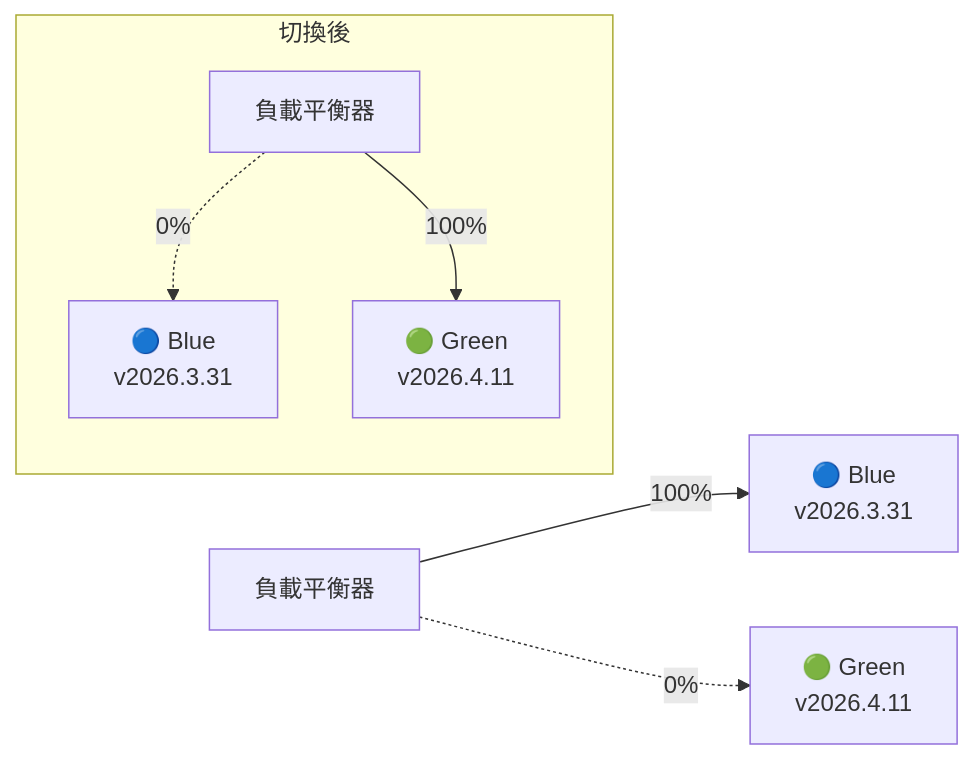
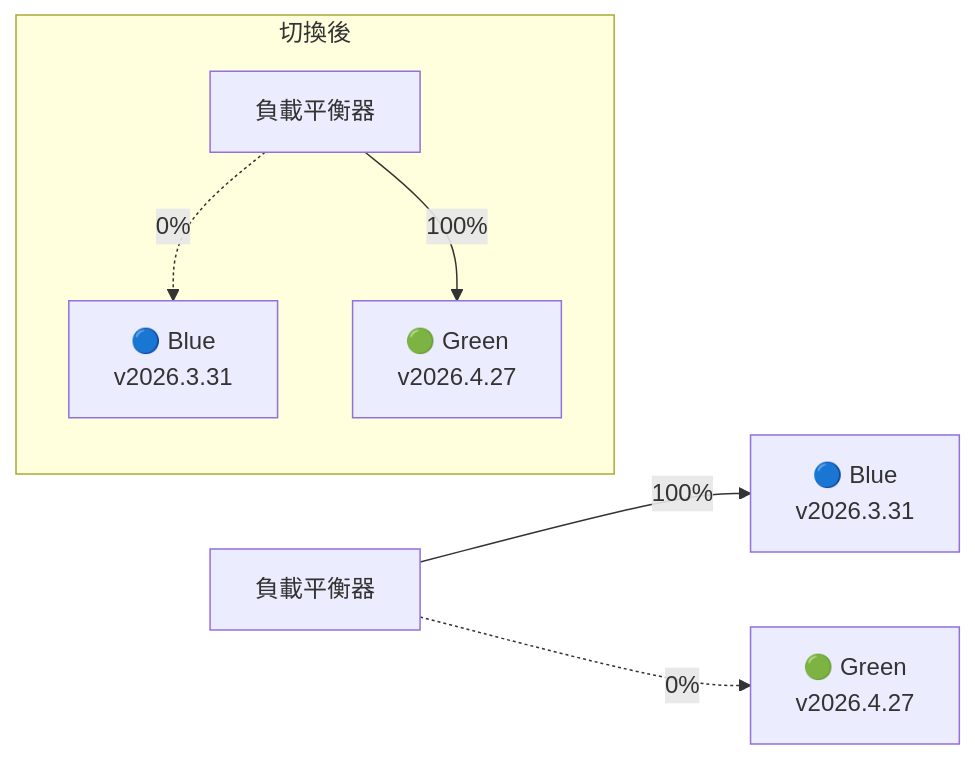
Before and after one commit to chihhung/Blog: diagram 36 of 51 in content/posts/教學/AI開發/OpenClaw生態系教學手冊.md, drawn with Mermaid. The commit also changed other lines of this file and 7 other files, not shown here.

````diff
--- a/content/posts/教學/AI開發/OpenClaw生態系教學手冊.md
+++ b/content/posts/教學/AI開發/OpenClaw生態系教學手冊.md
@@ -6276,10 +6332,10 @@
 ```mermaid
 flowchart LR
     LB[負載平衡器] --> |100%| BLUE[🔵 Blue<br>v2026.3.31]
-    LB -.-> |0%| GREEN[🟢 Green<br>v2026.4.11]
+    LB -.-> |0%| GREEN[🟢 Green<br>v2026.4.27]
     
     subgraph "切換後"
         LB2[負載平衡器] -.-> |0%| BLUE2[🔵 Blue<br>v2026.3.31]
-        LB2 --> |100%| GREEN2[🟢 Green<br>v2026.4.11]
+        LB2 --> |100%| GREEN2[🟢 Green<br>v2026.4.27]
     end
 ```
````
